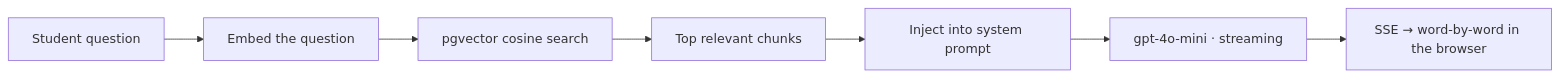
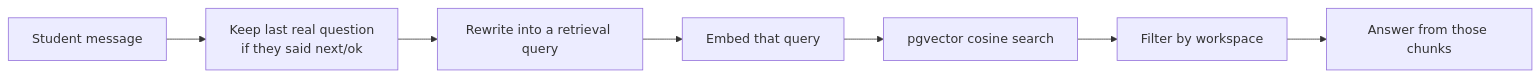
One commit to ashimaryal25-ops/ask-jack changed the second of 2 diagrams in README.md. Above: the diagram before and after it, drawn with Mermaid. The commit also changed other lines of this file, not shown here.

Commit message:
Describe query rewriting in the RAG pipeline

````diff
--- a/README.md
+++ b/README.md
@@ -67,9 +68,9 @@
 ```mermaid
 flowchart LR
-  A[Student question] --> B[Embed the question]
-  B --> C[pgvector cosine search]
-  C --> D[Top relevant chunks]
-  D --> E[Inject into system prompt]
-  E --> F[gpt-4o-mini · streaming]
-  F --> G[SSE → word-by-word in the browser]
+  A[Student message] --> B[Keep last real question<br/>if they said next/ok]
+  B --> C[Rewrite into a retrieval query]
+  C --> D[Embed that query]
+  D --> E[pgvector cosine search]
+  E --> F[Filter by workspace]
+  F --> G[Answer from those chunks]
 ```
````
